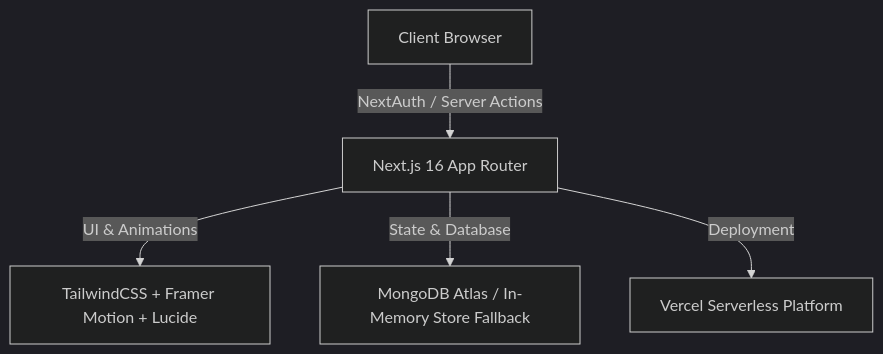
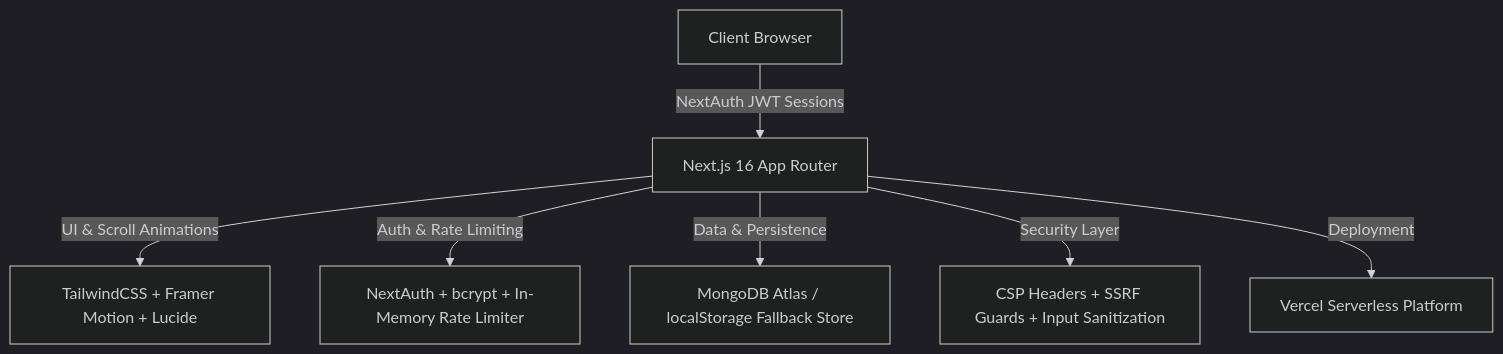
One commit to 0-ZERONE-1/Dip-Desk changed the diagram in README.md. Above: the diagram before and after it, drawn with Mermaid (dark theme). The commit also changed other lines of this file and 1 other file, not shown here.

````diff
--- a/README.md
+++ b/README.md
@@ -86,7 +107,9 @@
 ```mermaid
 graph TD
-    A[Client Browser] -->|NextAuth / Server Actions| B[Next.js 16 App Router]
-    B -->|UI & Animations| C[TailwindCSS + Framer Motion + Lucide]
-    B -->|State & Database| D[MongoDB Atlas / In-Memory Store Fallback]
-    B -->|Deployment| E[Vercel Serverless Platform]
+    A[Client Browser] -->|NextAuth JWT Sessions| B[Next.js 16 App Router]
+    B -->|UI & Scroll Animations| C[TailwindCSS + Framer Motion + Lucide]
+    B -->|Auth & Rate Limiting| D[NextAuth + bcrypt + In-Memory Rate Limiter]
+    B -->|Data & Persistence| E[MongoDB Atlas / localStorage Fallback Store]
+    B -->|Security Layer| F[CSP Headers + SSRF Guards + Input Sanitization]
+    B -->|Deployment| G[Vercel Serverless Platform]
 ```
````
